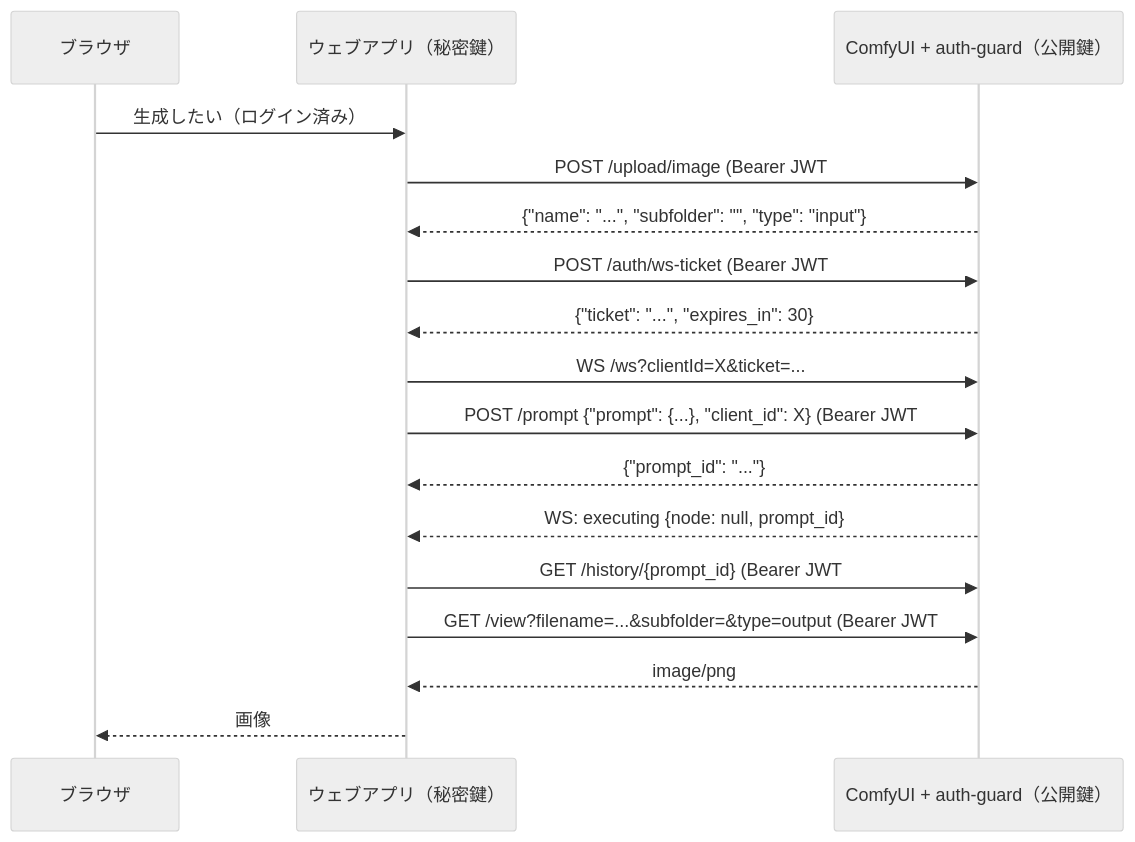
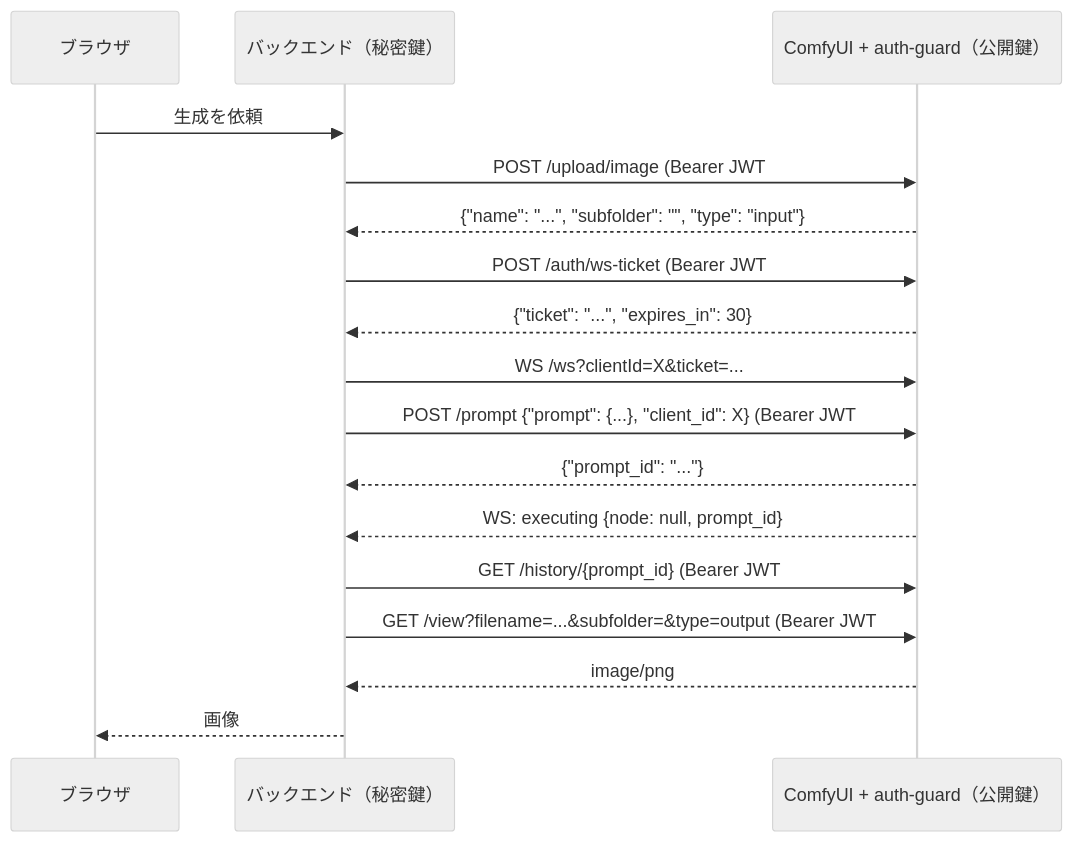
The diagram in README.md (hirotakakawamura/comfyui-auth-guard), drawn with Mermaid (neutral theme) before and after one commit. The commit also changed other lines of this file and 5 other files, not shown here.

````diff
--- a/README.md
+++ b/README.md
@@ -297,19 +373,19 @@
 ```mermaid
 sequenceDiagram
   participant B as ブラウザ
-  participant W as ウェブアプリ（秘密鍵）
+  participant S as バックエンド（秘密鍵）
   participant C as ComfyUI + auth-guard（公開鍵）
-  B->>W: 生成したい（ログイン済み）
-  W->>C: POST /upload/image (Bearer JWT#1)
-  C-->>W: {"name": "...", "subfolder": "", "type": "input"}
-  W->>C: POST /auth/ws-ticket (Bearer JWT#2)
-  C-->>W: {"ticket": "...", "expires_in": 30}
-  W->>C: WS /ws?clientId=X&ticket=...
-  W->>C: POST /prompt {"prompt": {...}, "client_id": X} (Bearer JWT#3)
-  C-->>W: {"prompt_id": "..."}
-  C-->>W: WS: executing {node: null, prompt_id}
-  W->>C: GET /history/{prompt_id} (Bearer JWT#4)
-  W->>C: GET /view?filename=...&subfolder=&type=output (Bearer JWT#5)
-  C-->>W: image/png
-  W-->>B: 画像
+  B->>S: 生成を依頼
+  S->>C: POST /upload/image (Bearer JWT#1)
+  C-->>S: {"name": "...", "subfolder": "", "type": "input"}
+  S->>C: POST /auth/ws-ticket (Bearer JWT#2)
+  C-->>S: {"ticket": "...", "expires_in": 30}
+  S->>C: WS /ws?clientId=X&ticket=...
+  S->>C: POST /prompt {"prompt": {...}, "client_id": X} (Bearer JWT#3)
+  C-->>S: {"prompt_id": "..."}
+  C-->>S: WS: executing {node: null, prompt_id}
+  S->>C: GET /history/{prompt_id} (Bearer JWT#4)
+  S->>C: GET /view?filename=...&subfolder=&type=output (Bearer JWT#5)
+  C-->>S: image/png
+  S-->>B: 画像
 ```
````
